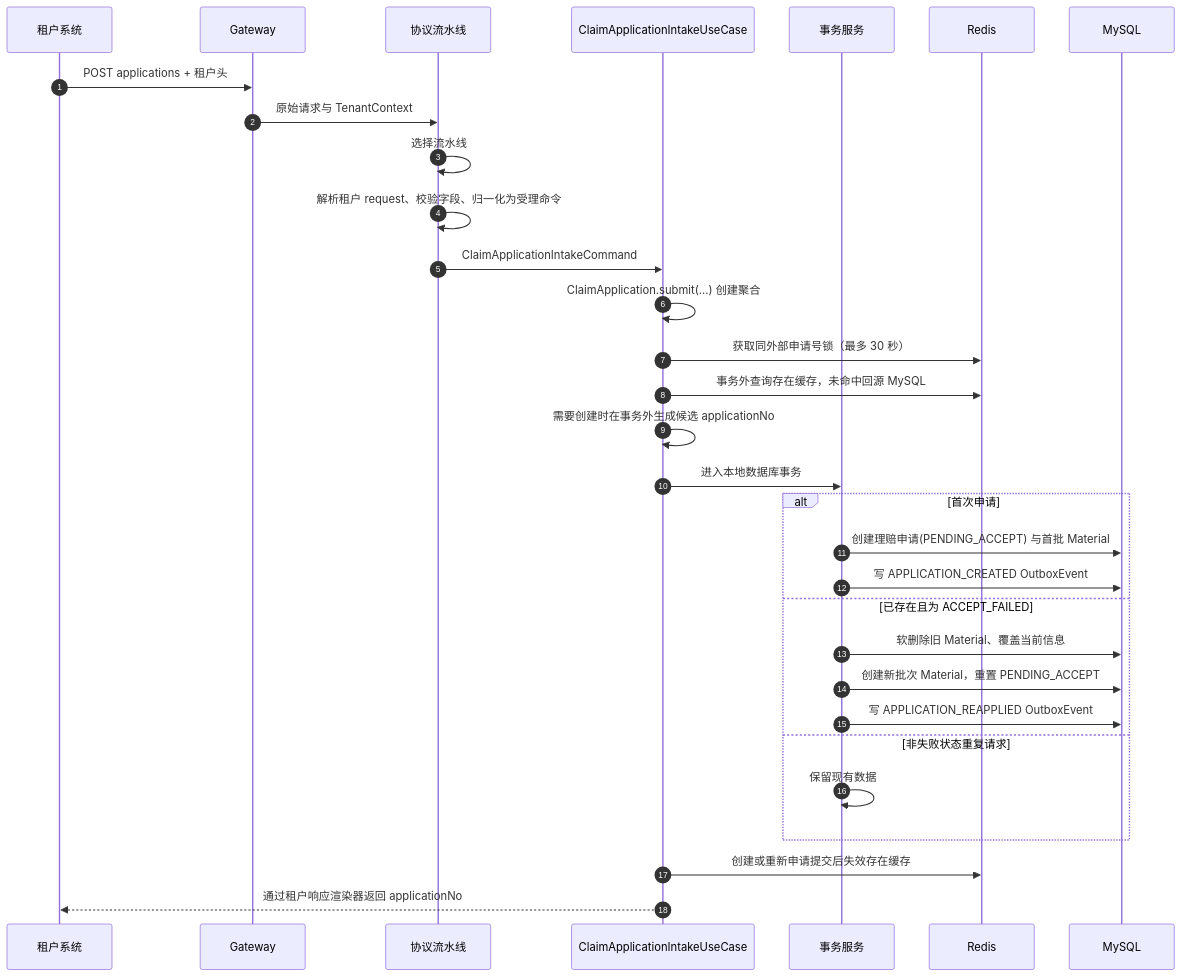
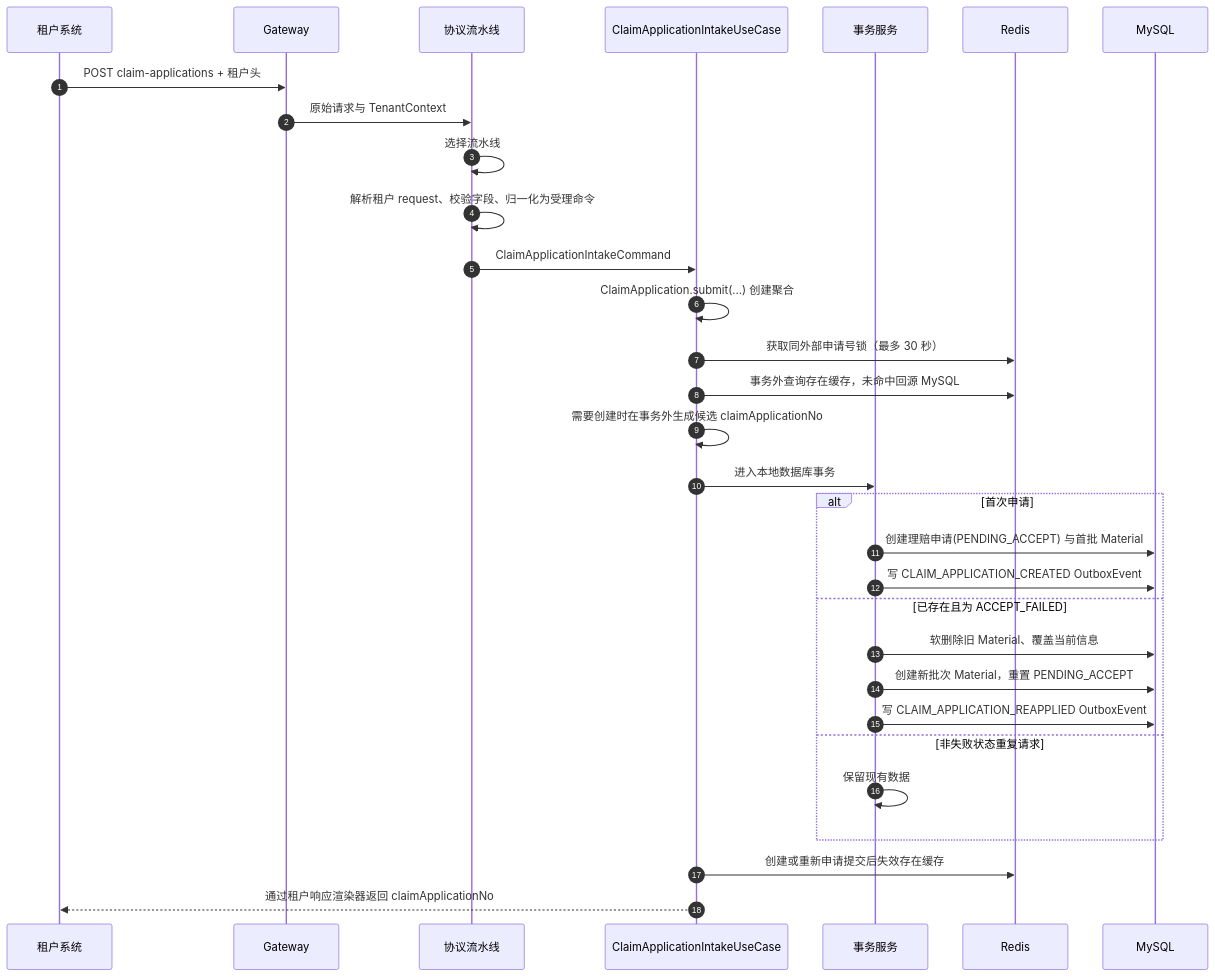
The second of 4 diagrams in specs/003-application-intake/design.md (wangguangwu/claim-integration-platform), drawn with Mermaid before and after one commit. The commit also changed other lines of this file and 110 other files, not shown here.

First line of the commit message:
理赔申请命名全链路收敛到 claimApplication，消除与 DDD 应用层词汇的歧义

````diff
--- a/specs/003-application-intake/design.md
+++ b/specs/003-application-intake/design.md
@@ -31,36 +30,36 @@
 ```mermaid
 sequenceDiagram
     autonumber
     participant T as 租户系统
     participant G as Gateway
     participant R as 协议流水线
     participant U as ClaimApplicationIntakeUseCase
     participant X as 事务服务
     participant RDS as Redis
     participant DB as MySQL
 
-    T->>G: POST applications + 租户头
+    T->>G: POST claim-applications + 租户头
     G->>R: 原始请求与 TenantContext
     R->>R: 选择流水线
     R->>R: 解析租户 request、校验字段、归一化为受理命令
     R->>U: ClaimApplicationIntakeCommand
     U->>U: ClaimApplication.submit(...) 创建聚合
     U->>RDS: 获取同外部申请号锁（最多 30 秒）
     U->>RDS: 事务外查询存在缓存，未命中回源 MySQL
-    U->>U: 需要创建时在事务外生成候选 applicationNo
+    U->>U: 需要创建时在事务外生成候选 claimApplicationNo
     U->>X: 进入本地数据库事务
 
     alt 首次申请
         X->>DB: 创建理赔申请(PENDING_ACCEPT) 与首批 Material
-        X->>DB: 写 APPLICATION_CREATED OutboxEvent
+        X->>DB: 写 CLAIM_APPLICATION_CREATED OutboxEvent
     else 已存在且为 ACCEPT_FAILED
         X->>DB: 软删除旧 Material、覆盖当前信息
         X->>DB: 创建新批次 Material，重置 PENDING_ACCEPT
-        X->>DB: 写 APPLICATION_REAPPLIED OutboxEvent
+        X->>DB: 写 CLAIM_APPLICATION_REAPPLIED OutboxEvent
     else 非失败状态重复请求
         X->>X: 保留现有数据
     end
 
     U->>RDS: 创建或重新申请提交后失效存在缓存
-    U-->>T: 通过租户响应渲染器返回 applicationNo
+    U-->>T: 通过租户响应渲染器返回 claimApplicationNo
 ```
````
